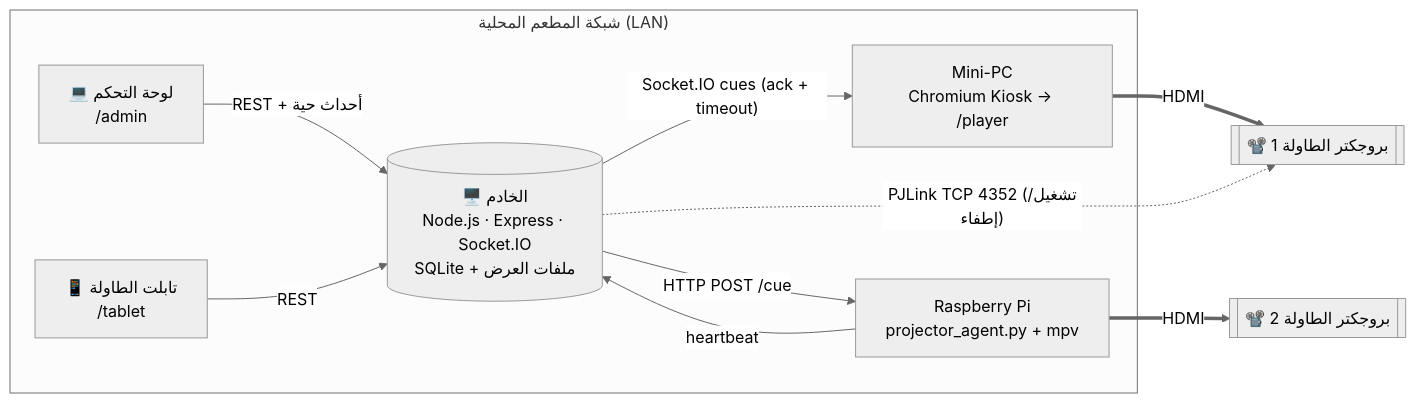
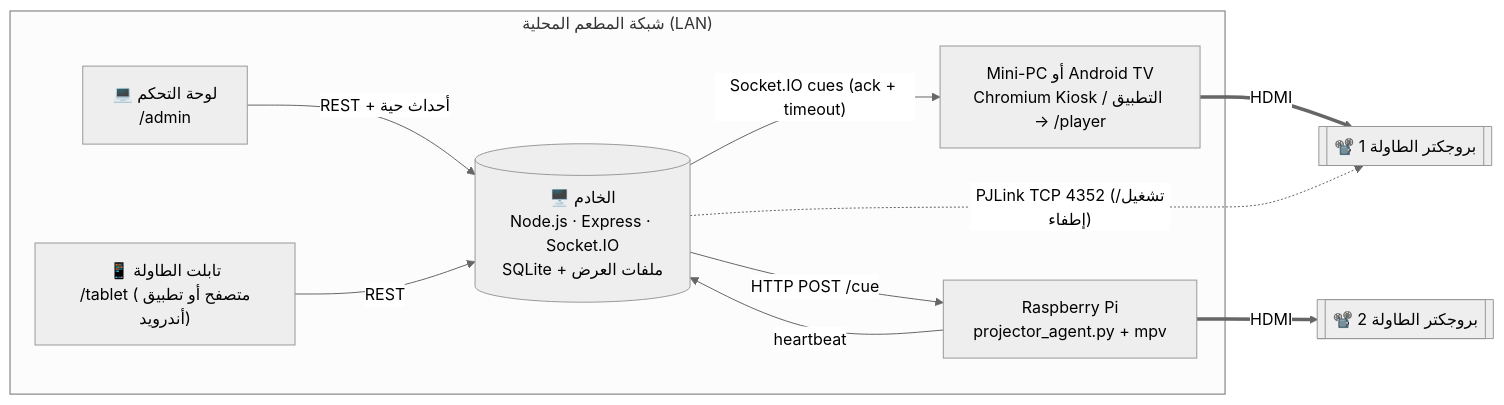
One commit to Husam858e/Alshams changed the first of 3 diagrams in projection-menu/README.md. Above: the diagram before and after it, drawn with Mermaid (neutral theme). The commit also changed other lines of this file and 99 other files, not shown here.

````diff
--- a/projection-menu/README.md
+++ b/projection-menu/README.md
@@ -21,21 +23,21 @@
 ```mermaid
 flowchart LR
   subgraph LAN["شبكة المطعم المحلية (LAN)"]
     ADMIN["💻 لوحة التحكم<br/>/admin"]
-    TAB["📱 تابلت الطاولة<br/>/tablet"]
+    TAB["📱 تابلت الطاولة<br/>/tablet (متصفح أو تطبيق أندرويد)"]
     SRV[("🖥️ الخادم<br/>Node.js · Express · Socket.IO<br/>SQLite + ملفات العرض")]
-    PLAYER["Mini-PC<br/>Chromium Kiosk → /player"]
+    PLAYER["Mini-PC أو Android TV<br/>Chromium Kiosk / التطبيق → /player"]
     AGENT["Raspberry Pi<br/>projector_agent.py + mpv"]
   end
   P1[["📽️ بروجكتر الطاولة 1"]]
   P2[["📽️ بروجكتر الطاولة 2"]]
 
   ADMIN -- "REST + أحداث حية" --> SRV
   TAB -- REST --> SRV
   SRV -- "Socket.IO cues (ack + timeout)" --> PLAYER
   SRV -- "HTTP POST /cue" --> AGENT
   AGENT -- heartbeat --> SRV
   PLAYER == HDMI ==> P1
   AGENT == HDMI ==> P2
   SRV -. "PJLink TCP 4352 (تشغيل/إطفاء)" .-> P1
 ```
````
